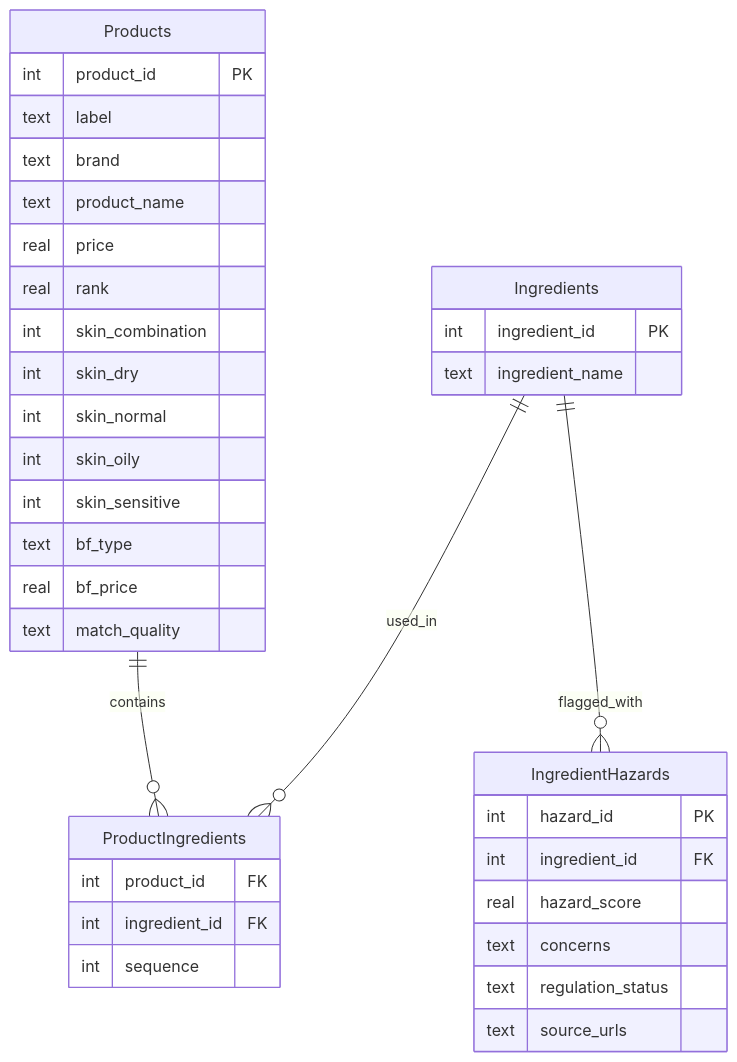
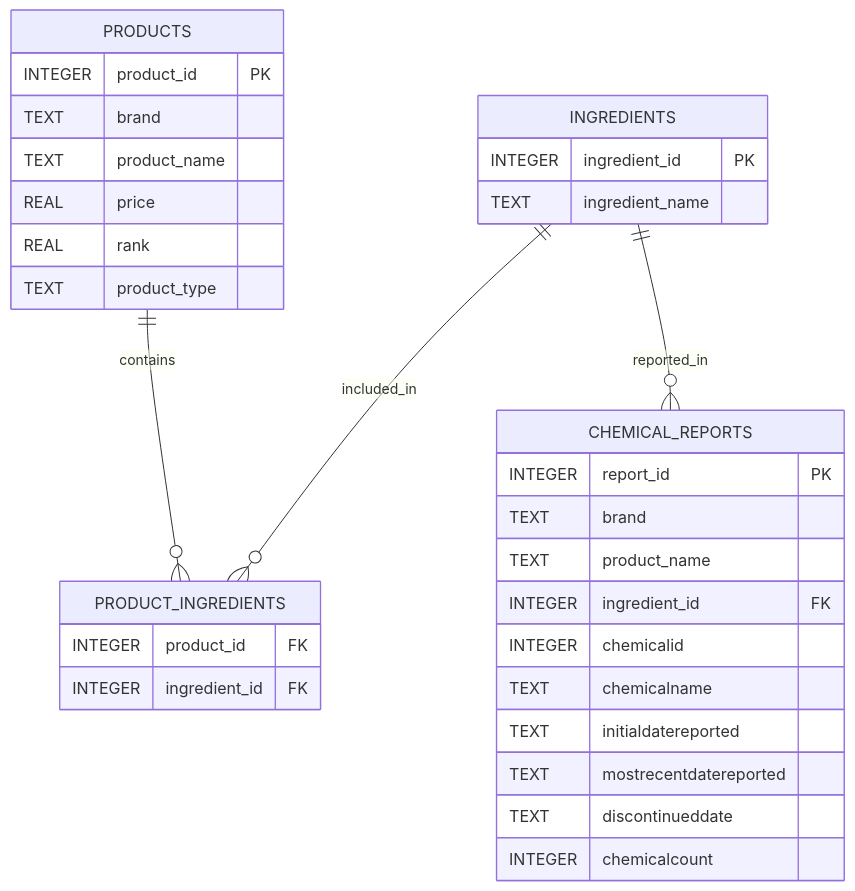
Before and after one commit to angelakberry/beauty_wizard: the diagram in schema/ERD.md, drawn with Mermaid. The commit also changed 3 other files, not shown here.

Commit message:
polished ER diagram, notebook, README

````diff
--- a/schema/ERD.md
+++ b/schema/ERD.md
@@ -3,44 +3,39 @@
 ```mermaid
 erDiagram
-  Products ||--o{ ProductIngredients : contains
-  Ingredients ||--o{ ProductIngredients : used_in
-  Ingredients ||--o{ IngredientHazards : flagged_with
+    PRODUCTS {
+        INTEGER product_id PK
+        TEXT brand
+        TEXT product_name
+        REAL price
+        REAL rank
+        TEXT product_type
+    }
 
-  Products {
-    int product_id PK
-    text label
-    text brand
-    text product_name
-    real price
-    real rank
-    int skin_combination
-    int skin_dry
-    int skin_normal
-    int skin_oily
-    int skin_sensitive
-    text bf_type
-    real bf_price
-    text match_quality
-  }
+    INGREDIENTS {
+        INTEGER ingredient_id PK
+        TEXT ingredient_name
+    }
 
-  Ingredients {
-    int ingredient_id PK
-    text ingredient_name
-  }
+    PRODUCT_INGREDIENTS {
+        INTEGER product_id FK
+        INTEGER ingredient_id FK
+    }
 
-  ProductIngredients {
-    int product_id FK
-    int ingredient_id FK
-    int sequence
-  }
+    CHEMICAL_REPORTS {
+        INTEGER report_id PK
+        TEXT brand
+        TEXT product_name
+        INTEGER ingredient_id FK
+        INTEGER chemicalid
+        TEXT chemicalname
+        TEXT initialdatereported
+        TEXT mostrecentdatereported
+        TEXT discontinueddate
+        INTEGER chemicalcount
+    }
 
-  IngredientHazards {
-    int hazard_id PK
-    int ingredient_id FK
-    real hazard_score
-    text concerns
-    text regulation_status
-    text source_urls
-  }
+    PRODUCTS ||--o{ PRODUCT_INGREDIENTS : contains
+    INGREDIENTS ||--o{ PRODUCT_INGREDIENTS : included_in
+    INGREDIENTS ||--o{ CHEMICAL_REPORTS : reported_in
 
 ```
````
